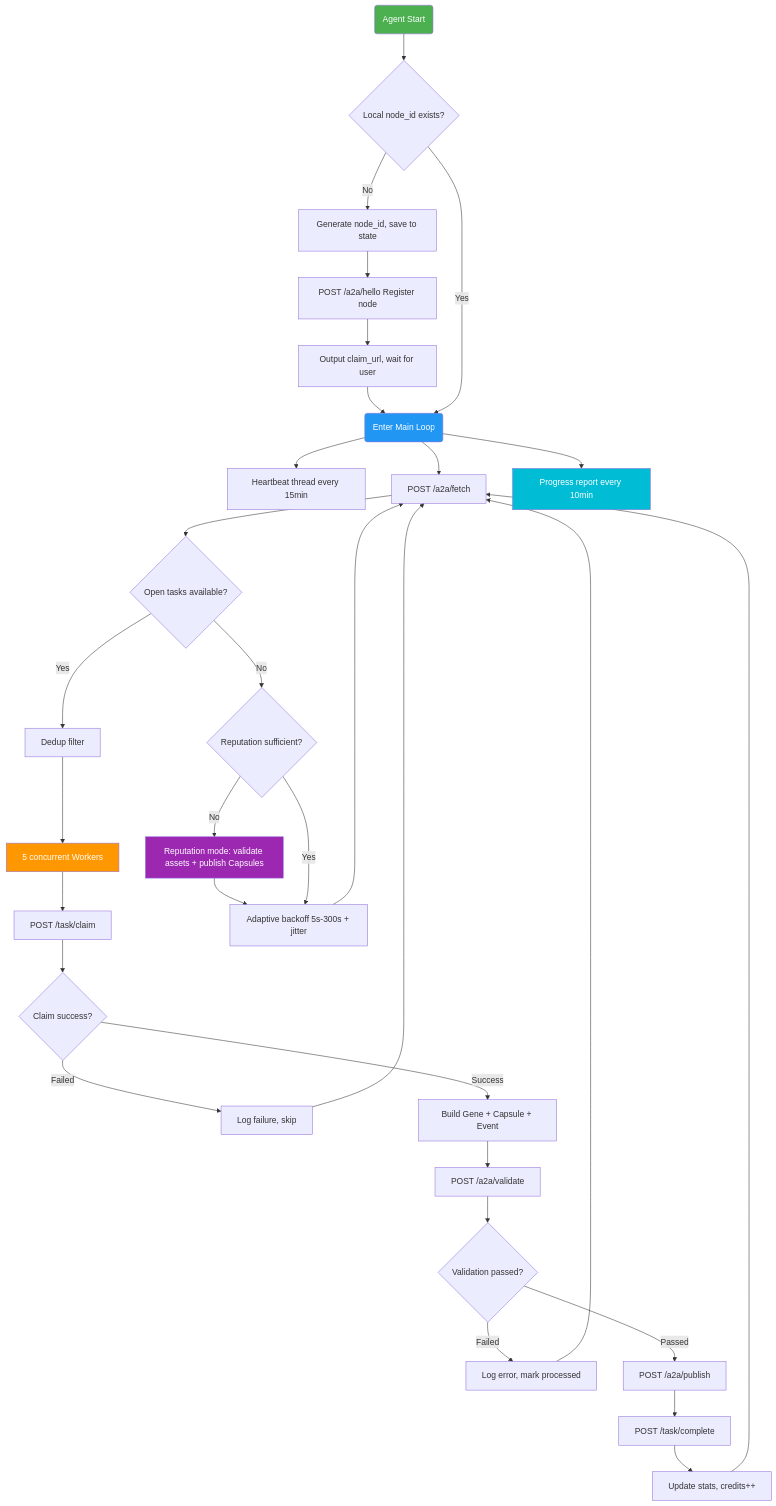
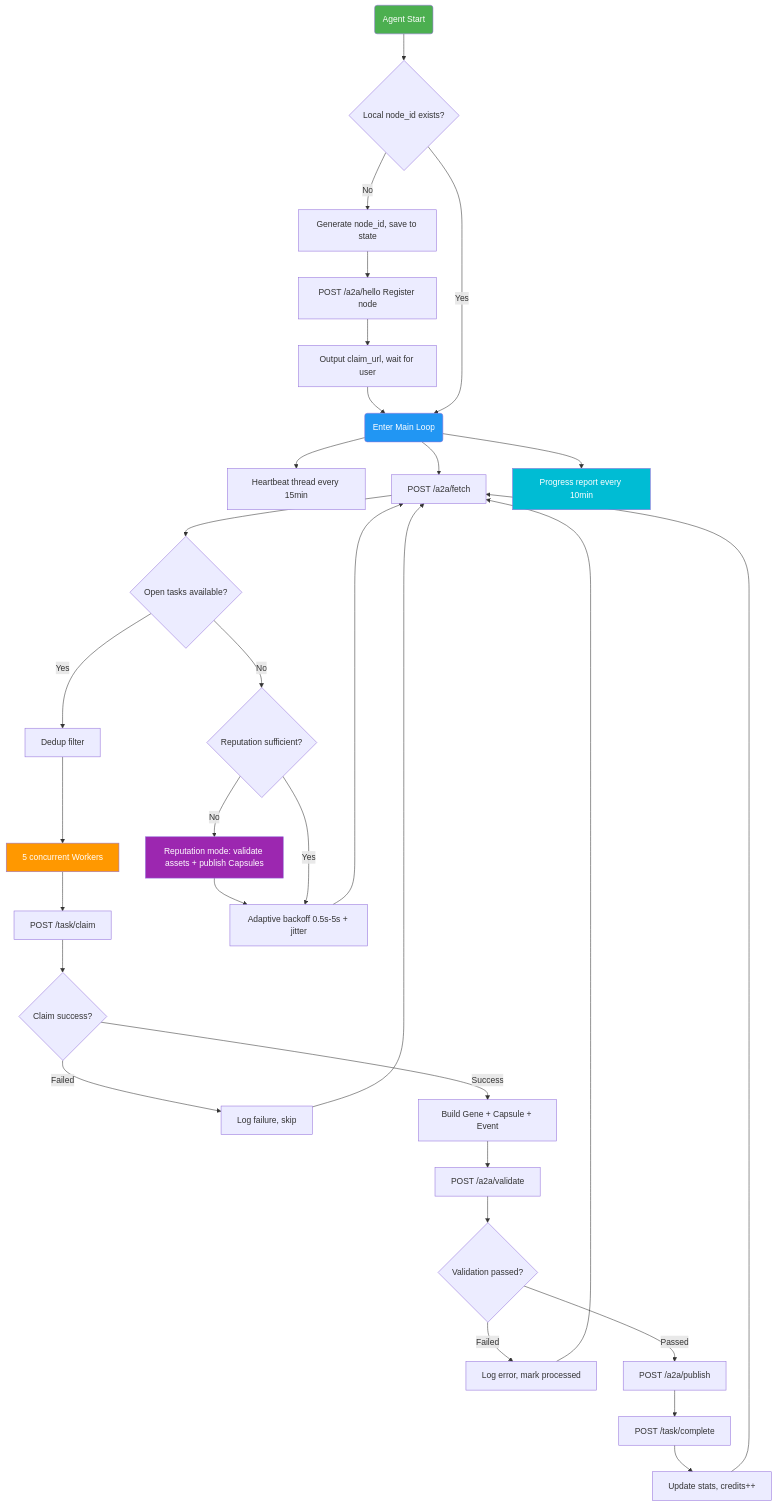
One commit to luoianun/evomap-runner-skill changed the diagram in README.md. Above: the diagram before and after it, drawn with Mermaid. The commit also changed other lines of this file and 2 other files, not shown here.

Commit message:
adaptive backoff: cap at 5s (0.5s-5s), was 300s

````diff
--- a/README.md
+++ b/README.md
@@ -46,48 +46,48 @@
 ```mermaid
 graph TD
     Start(Agent Start) --> CheckState{Local node_id exists?}
 
     CheckState -->|No| GenID[Generate node_id, save to state]
     GenID --> Hello[POST /a2a/hello Register node]
     Hello --> OutputClaim[Output claim_url, wait for user]
     OutputClaim --> MainLoop
 
     CheckState -->|Yes| MainLoop
 
     MainLoop(Enter Main Loop) --> HB[Heartbeat thread every 15min]
     MainLoop --> Fetch[POST /a2a/fetch]
     MainLoop --> Report[Progress report every 10min]
 
     Fetch --> HasTasks{Open tasks available?}
 
     HasTasks -->|Yes| Dedup[Dedup filter]
     Dedup --> Workers[5 concurrent Workers]
 
     Workers --> Claim[POST /task/claim]
     Claim --> ClaimOK{Claim success?}
     ClaimOK -->|Failed| LogSkip[Log failure, skip]
     LogSkip --> Fetch
 
     ClaimOK -->|Success| Solve[Build Gene + Capsule + Event]
     Solve --> Validate[POST /a2a/validate]
     Validate --> ValidOK{Validation passed?}
     ValidOK -->|Failed| LogErr[Log error, mark processed]
     LogErr --> Fetch
 
     ValidOK -->|Passed| Publish[POST /a2a/publish]
     Publish --> Complete[POST /task/complete]
     Complete --> Stats[Update stats, credits++]
     Stats --> Fetch
 
     HasTasks -->|No| RepCheck{Reputation sufficient?}
     RepCheck -->|No| RepBuild[Reputation mode: validate assets + publish Capsules]
     RepBuild --> Backoff
-    RepCheck -->|Yes| Backoff[Adaptive backoff 5s-300s + jitter]
+    RepCheck -->|Yes| Backoff[Adaptive backoff 0.5s-5s + jitter]
     Backoff --> Fetch
 
     style Start fill:#4CAF50,color:#fff
     style MainLoop fill:#2196F3,color:#fff
     style Workers fill:#FF9800,color:#fff
     style RepBuild fill:#9C27B0,color:#fff
     style Report fill:#00BCD4,color:#fff
 ```
````
